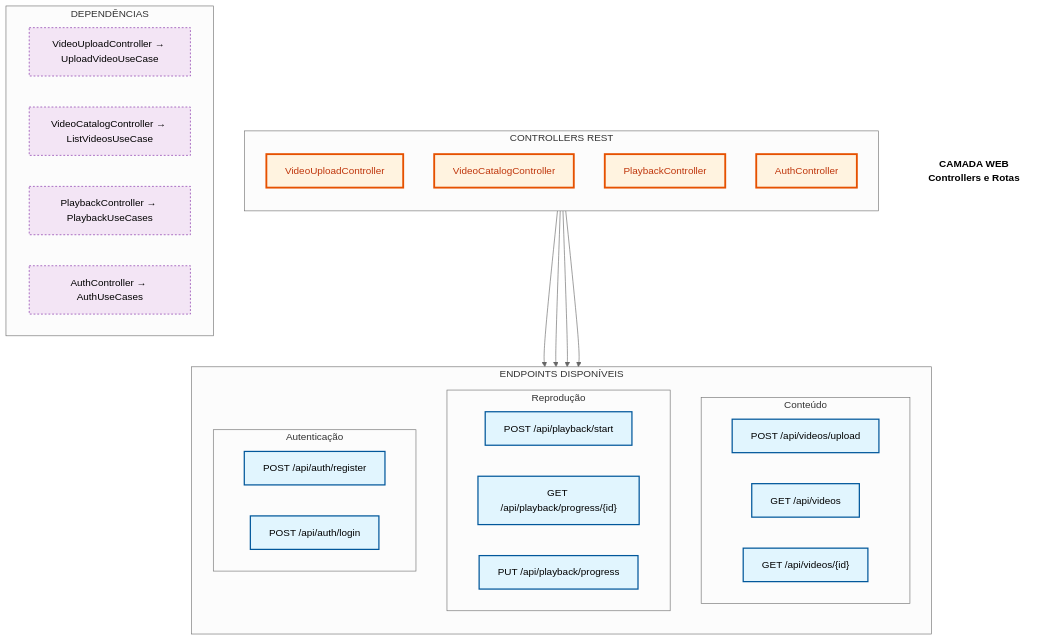
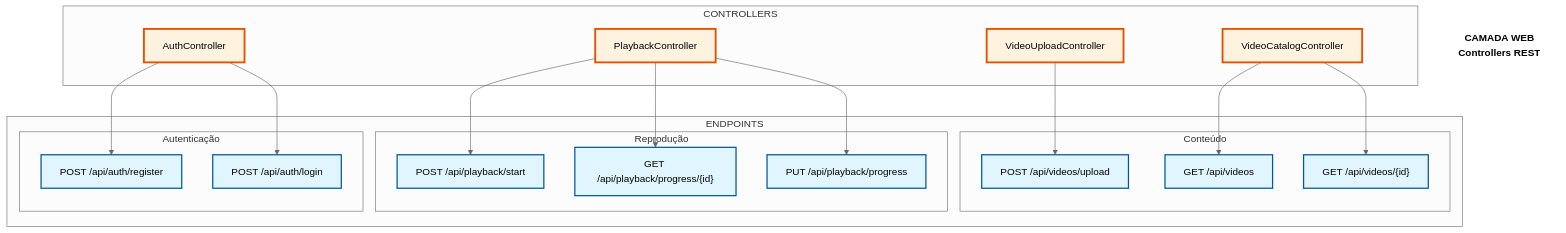
Before and after one commit to LuisNunes301/Video-Streaming-Platform: the fourth of 5 diagrams in README.md, drawn with Mermaid (neutral theme). The commit also changed other lines of this file and 9 other files, not shown here.

````diff
--- a/README.md
+++ b/README.md
@@ -160,55 +148,44 @@
 ```mermaid
 graph TB
-    title["CAMADA WEB<br/>Controllers e Rotas"]
+    title["CAMADA WEB<br/>Controllers REST"]
     style title fill:#fff,stroke:none,font-family:Arial,font-size:16px,font-weight:bold
 
-    subgraph Web["CONTROLLERS REST"]
-        direction TB
-        
+    subgraph Controllers["CONTROLLERS"]
         C1["VideoUploadController"]
         C2["VideoCatalogController"]
         C3["PlaybackController"]
         C4["AuthController"]
     end
 
-    subgraph Endpoints["ENDPOINTS DISPONÍVEIS"]
-        direction TB
+    subgraph Endpoints["ENDPOINTS"]
         
         subgraph Content["Conteúdo"]
             E1["POST /api/videos/upload"]
             E2["GET /api/videos"]
             E3["GET /api/videos/{id}"]
         end
         
         subgraph Playback["Reprodução"]
             E4["POST /api/playback/start"]
             E5["GET /api/playback/progress/{id}"]
             E6["PUT /api/playback/progress"]
         end
         
         subgraph Auth["Autenticação"]
             E7["POST /api/auth/register"]
             E8["POST /api/auth/login"]
         end
     end
 
-    subgraph Dependencias["DEPENDÊNCIAS"]
-        D1["VideoUploadController → UploadVideoUseCase"]
-        D2["VideoCatalogController → ListVideosUseCase"]
-        D3["PlaybackController → PlaybackUseCases"]
-        D4["AuthController → AuthUseCases"]
-    end
+    C1 --> E1
+    C2 --> E2 & E3
+    C3 --> E4 & E5 & E6
+    C4 --> E7 & E8
 
-    C1 --> Content
-    C2 --> Content
-    C3 --> Playback
-    C4 --> Auth
-    
-    classDef web fill:#fff3e0,stroke:#e65100,stroke-width:3px,color:#bf360c
+    classDef web fill:#fff3e0,stroke:#e65100,stroke-width:3px
     classDef endpoints fill:#e1f5fe,stroke:#01579b,stroke-width:2px
-    classDef deps fill:#f3e5f5,stroke:#7b1fa2,stroke-width:1px,stroke-dasharray: 3 3
     
     class C1,C2,C3,C4 web
     class E1,E2,E3,E4,E5,E6,E7,E8 endpoints
-    class D1,D2,D3,D4 deps
+
 ```
````
